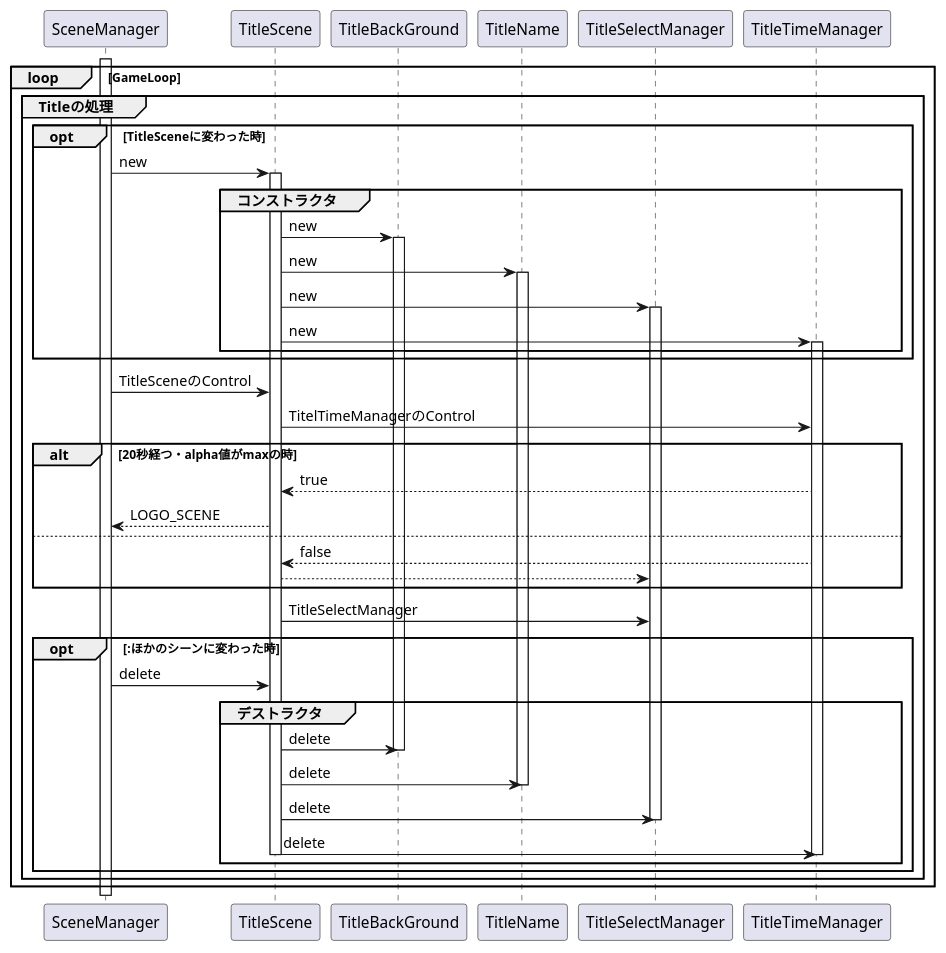
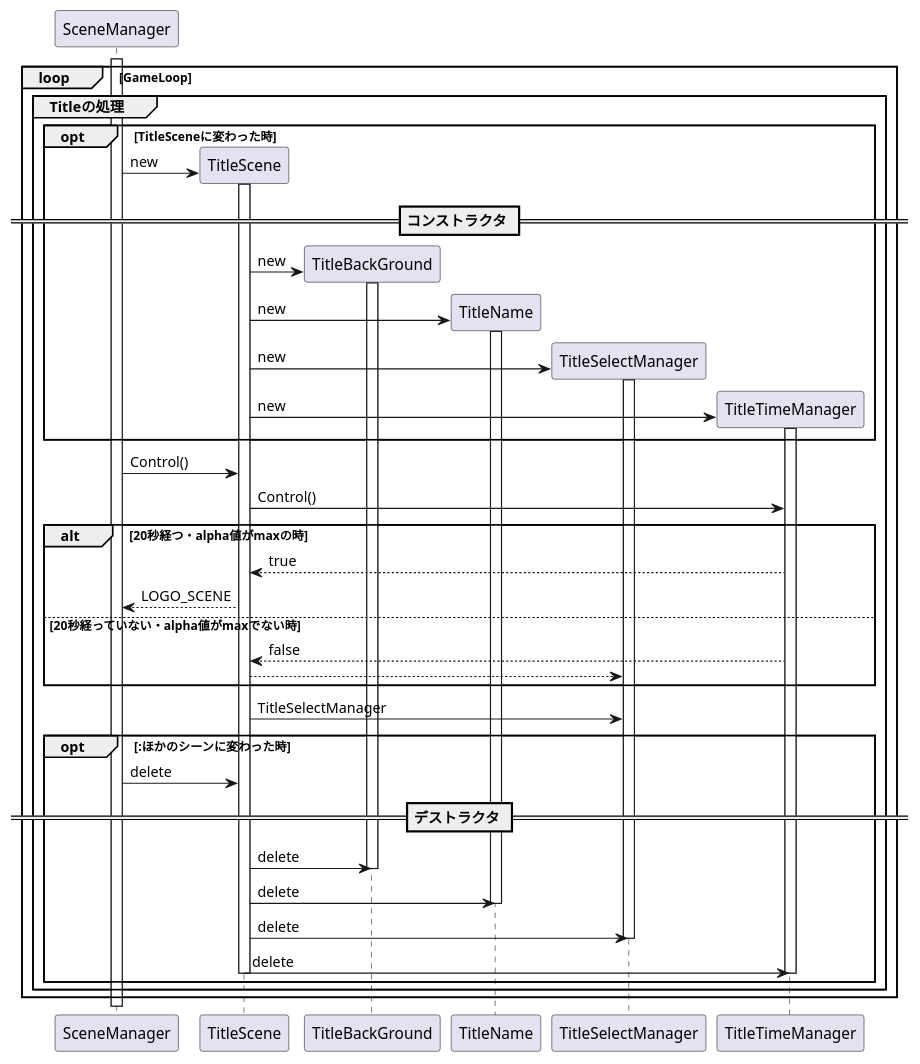
The diagram in 試験/SequenceDiagram.pu (human-osaka-game-2019/uml), drawn with PlantUML before and after one commit.

Commit message:
シーケンス図に対する指摘を修正

```diff
--- a/試験/SequenceDiagram.pu
+++ b/試験/SequenceDiagram.pu
@@ -1,85 +1,90 @@
 @startuml
 participant SceneManager
 participant TitleScene
 participant TitleBackGround
 participant TitleName
 participant TitleSelectManager
 participant TitleTimeManager
 
 activate SceneManager
 
 loop GameLoop
 
 group Titleの処理
 
 opt  TitleSceneに変わった時
 
+create TitleScene
 SceneManager -> TitleScene :new
 activate TitleScene
 
-group コンストラクタ
+== コンストラクタ ==
 
+create TitleBackGround
 TitleScene -> TitleBackGround :new
 activate TitleBackGround
 
+create TitleName
 TitleScene -> TitleName :new
 activate TitleName
 
+create TitleSelectManager
 TitleScene -> TitleSelectManager:new
 activate TitleSelectManager
 
+create TitleTimeManager
 TitleScene -> TitleTimeManager:new
 activate TitleTimeManager
 
 end
 
-
-end
-
-SceneManager -> TitleScene :TitleSceneのControl
+SceneManager -> TitleScene :Control()
 
 
-TitleScene -> TitleTimeManager :TitelTimeManagerのControl
+TitleScene -> TitleTimeManager :Control()
 alt 20秒経つ・alpha値がmaxの時
 
 
 TitleScene <-- TitleTimeManager :true
 SceneManager <-- TitleScene :LOGO_SCENE
 
-else 
+else 20秒経っていない・alpha値がmaxでない時
 
 TitleScene <-- TitleTimeManager :false
 TitleScene --> TitleSelectManager :
 
 end
 
 TitleScene -> TitleSelectManager :TitleSelectManager
 
 
 
 opt :ほかのシーンに変わった時
 
 
 SceneManager -> TitleScene :delete
-group デストラクタ
+
+== デストラクタ ==
 
 TitleScene -> TitleBackGround :delete
 deactivate TitleBackGround
 
 TitleScene -> TitleName :delete
 deactivate TitleName
 
 TitleScene -> TitleSelectManager :delete
 deactivate TitleSelectManager
 
 TitleScene -> TitleTimeManager :delete
 deactivate TitleTimeManager
 
 deactivate TitleScene
 
+
 end
 
 end
+
 end
-end
+
 @enduml
```
